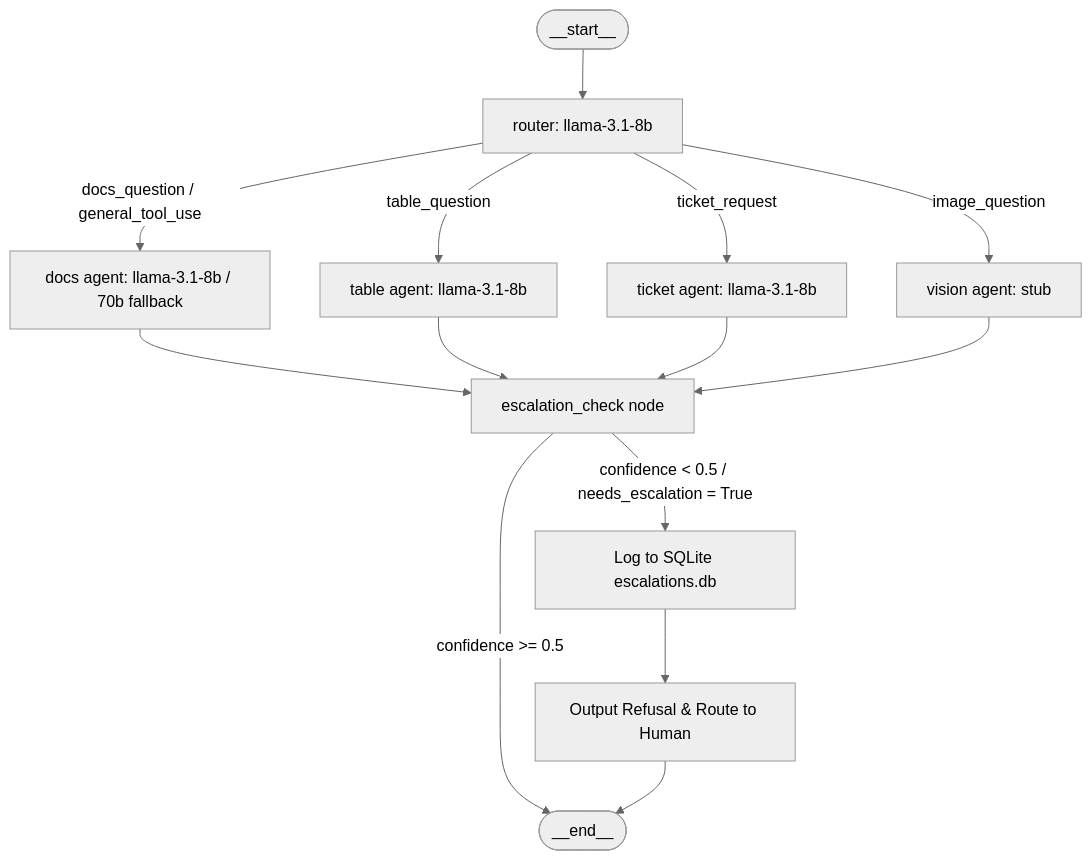
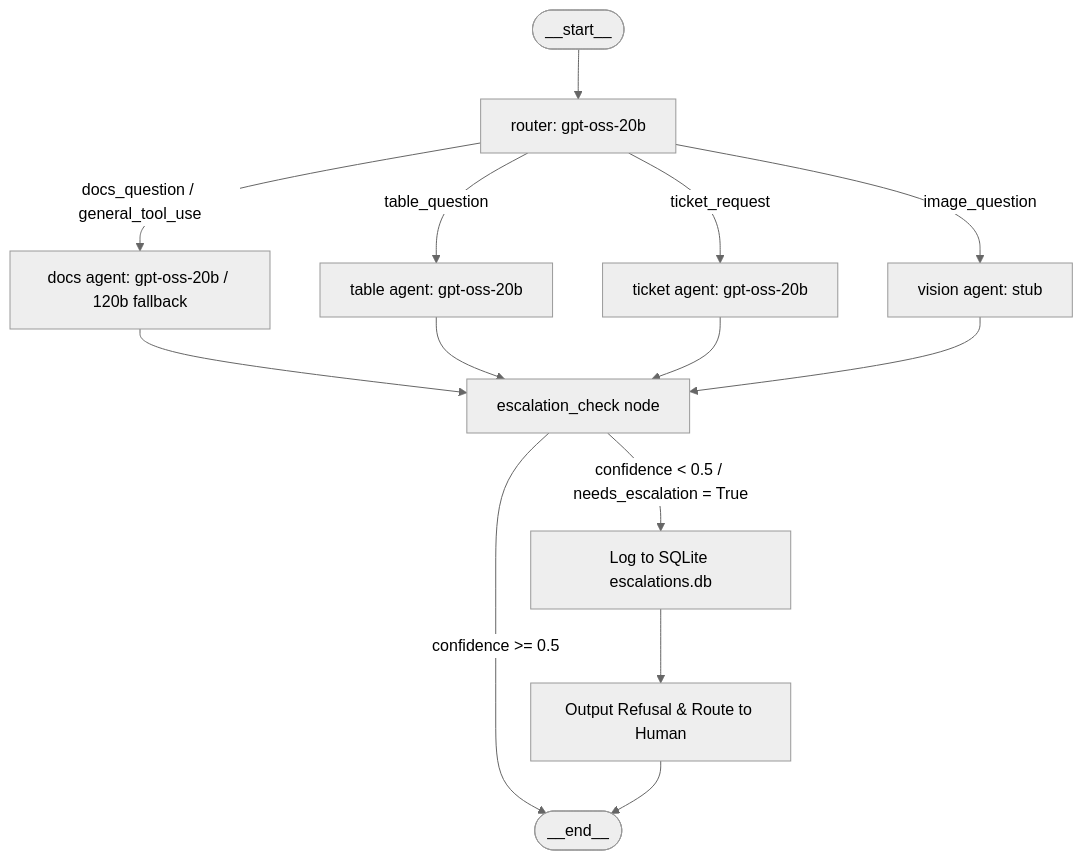
Before and after one commit to Ibrahimbathusha73/Deskmate-Enterprise-Copilot: the diagram in README.md, drawn with Mermaid (neutral theme). The commit also changed other lines of this file and 6 other files, not shown here.

Commit message:
Replace deprecated Groq models with openai/gpt-oss-20b and openai/gpt-oss-120b

````diff
--- a/README.md
+++ b/README.md
@@ -24,18 +24,18 @@
 ```mermaid
 graph TD
-    Entry([__start__]) --> Router[router: llama-3.1-8b]
-    Router -->|docs_question / general_tool_use| Docs[docs agent: llama-3.1-8b / 70b fallback]
-    Router -->|table_question| Table[table agent: llama-3.1-8b]
-    Router -->|ticket_request| Ticket[ticket agent: llama-3.1-8b]
+    Entry([__start__]) --> Router[router: gpt-oss-20b]
+    Router -->|docs_question / general_tool_use| Docs[docs agent: gpt-oss-20b / 120b fallback]
+    Router -->|table_question| Table[table agent: gpt-oss-20b]
+    Router -->|ticket_request| Ticket[ticket agent: gpt-oss-20b]
     Router -->|image_question| Vision[vision agent: stub]
     
     Docs --> EscalationCheck[escalation_check node]
     Table --> EscalationCheck
     Ticket --> EscalationCheck
     Vision --> EscalationCheck
     
     EscalationCheck -->|confidence >= 0.5| End([__end__])
     EscalationCheck -->|confidence < 0.5 / needs_escalation = True| LogSQL[Log to SQLite escalations.db]
     LogSQL --> RefusalResponse[Output Refusal & Route to Human]
     RefusalResponse --> End
 ```
````
